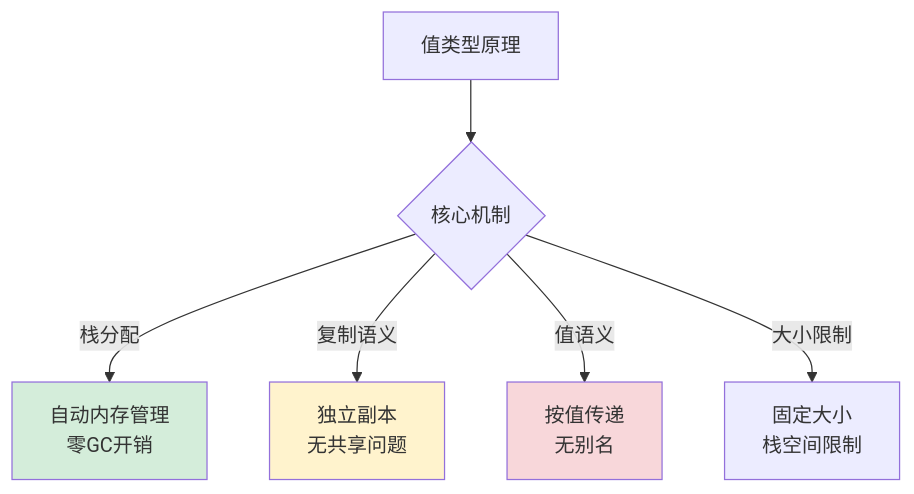
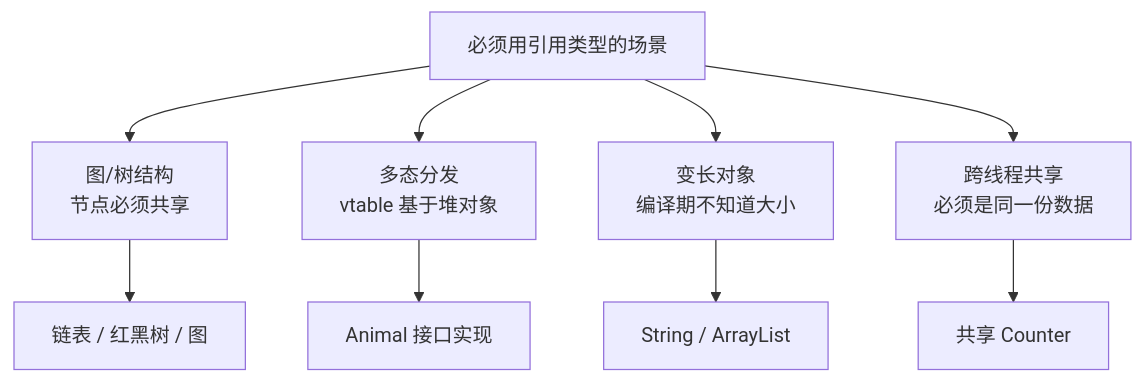
Before and after one commit to chongyang211/YCBookBlog: diagram 12 of 33 in 00.通用技术的提升/02.程序编程原理/03.值型变量和引用.md, drawn with Mermaid. The commit also changed other lines of this file and 6 other files, not shown here.

````diff
--- a/00.通用技术的提升/02.程序编程原理/03.值型变量和引用.md
+++ b/00.通用技术的提升/02.程序编程原理/03.值型变量和引用.md
@@ -326,12 +588,12 @@
 ```mermaid
 graph TB
-    A[值类型原理] --> B{核心机制}
-    B -->|栈分配| C[自动内存管理<br/>零GC开销]
-    B -->|复制语义| D[独立副本<br/>无共享问题]
-    B -->|值语义| E[按值传递<br/>无别名]
-    B -->|大小限制| F[固定大小<br/>栈空间限制]
-    
-    style C fill:#d4edda
-    style D fill:#fff3cd
-    style E fill:#f8d7da
+    A[必须用引用类型的场景] --> B[图/树结构<br/>节点必须共享]
+    A --> C[多态分发<br/>vtable 基于堆对象]
+    A --> D[变长对象<br/>编译期不知道大小]
+    A --> E[跨线程共享<br/>必须是同一份数据]
+
+    B --> B1[链表 / 红黑树 / 图]
+    C --> C1[Animal 接口实现]
+    D --> D1[String / ArrayList]
+    E --> E1[共享 Counter]
 ```
````
